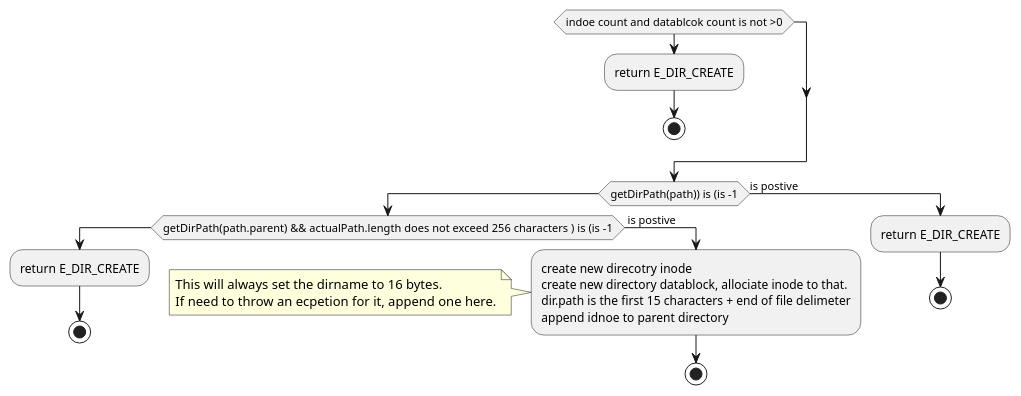
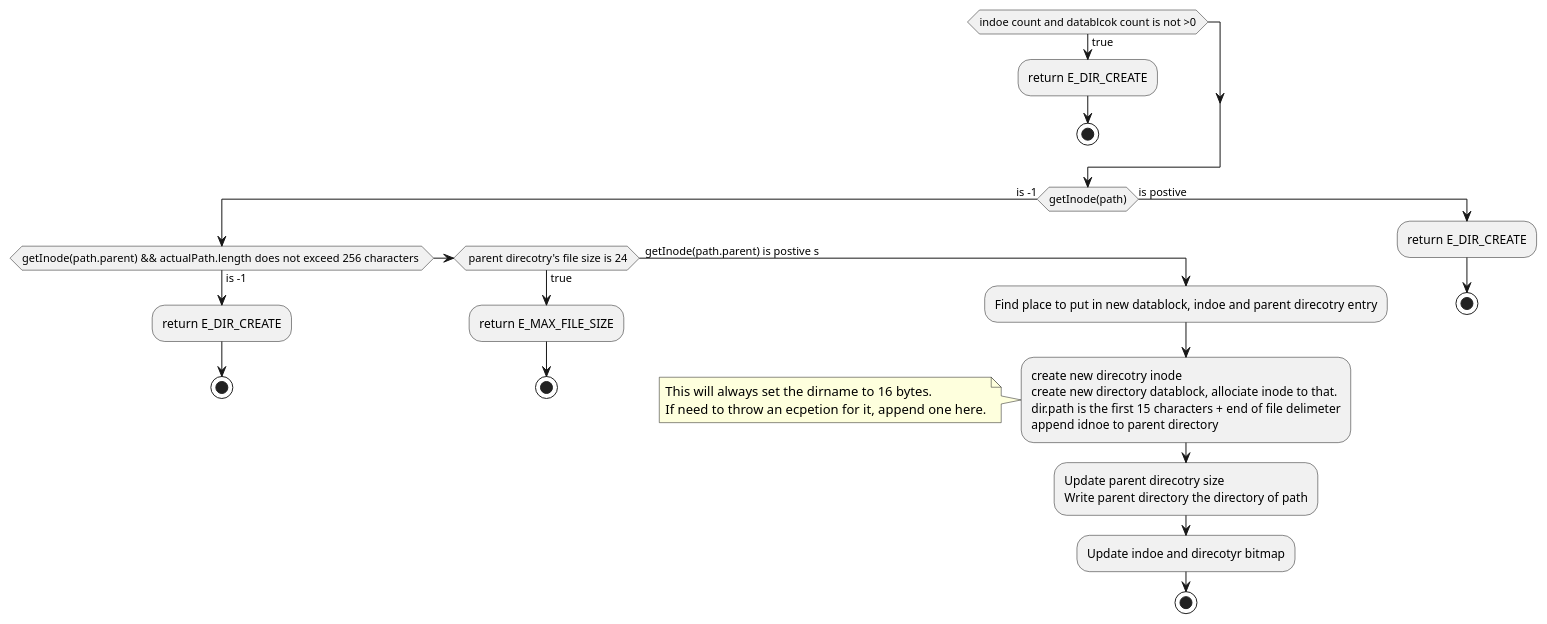
Diagram 13 of 21 in Plan.org (HawaiinPizza/CIS-450-final-project), drawn with PlantUML before and after one commit. The commit also changed other lines of this file and 26 other files, not shown here.

```diff
--- a/Plan.org
+++ b/Plan.org
@@ -632,25 +568,33 @@
      #+BEGIN_SRC plantuml  :file Plant/DirCreate.png
-     if(indoe count and datablcok count is not >0)
+     if(indoe count and datablcok count is not >0) then (true)
 	:return E_DIR_CREATE;
 	stop
      endif
-     if(getDirPath(path)) is (is -1)
-	if(getDirPath(path.parent)  && actualPath.length does not exceed 256 characters ) is (is -1)
+     if(getInode(path)) then (is -1) 
+	if(getInode(path.parent)  && actualPath.length does not exceed 256 characters ) then (is -1)
 		:return E_DIR_CREATE;
 		stop
-	else ( is postive   )
+	else if ( parent direcotry's file size is 24) then (true)
+		:return E_MAX_FILE_SIZE;
+		stop
+	else (  getInode(path.parent) is postive s)
+	
+		:Find place to put in new datablock, indoe and parent direcotry entry;
 		:create new direcotry inode
 		create new directory datablock, allociate inode to that.
 		dir.path is the first 15 characters + end of file delimeter
 		append idnoe to parent directory;
 		    note left
 			This will always set the dirname to 16 bytes.
 			If need to throw an ecpetion for it, append one here.
 		    endnote
+		    :Update parent direcotry size
+		    Write parent directory the directory of path;
+		    :Update indoe and direcotyr bitmap;
 		stop
 	endif
      else(is postive)
 	:return E_DIR_CREATE;
 	stop
      endif
      #+END_SRC
```
